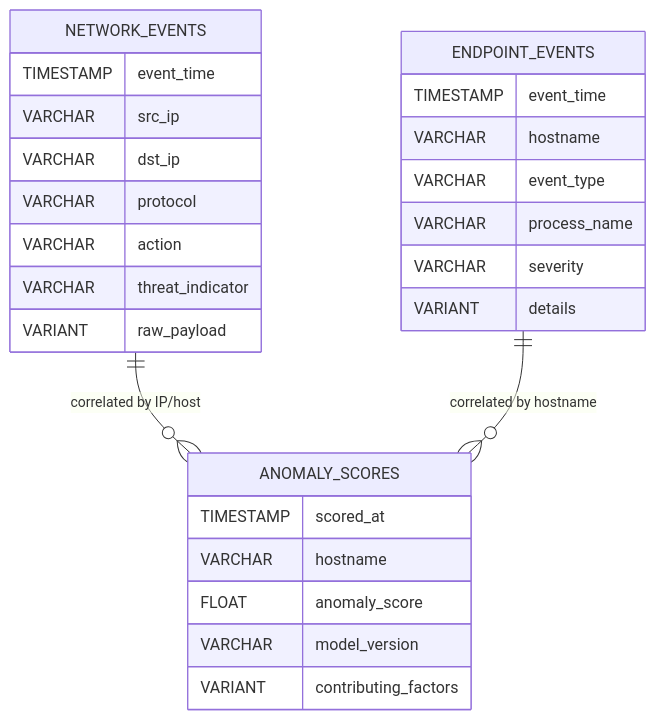
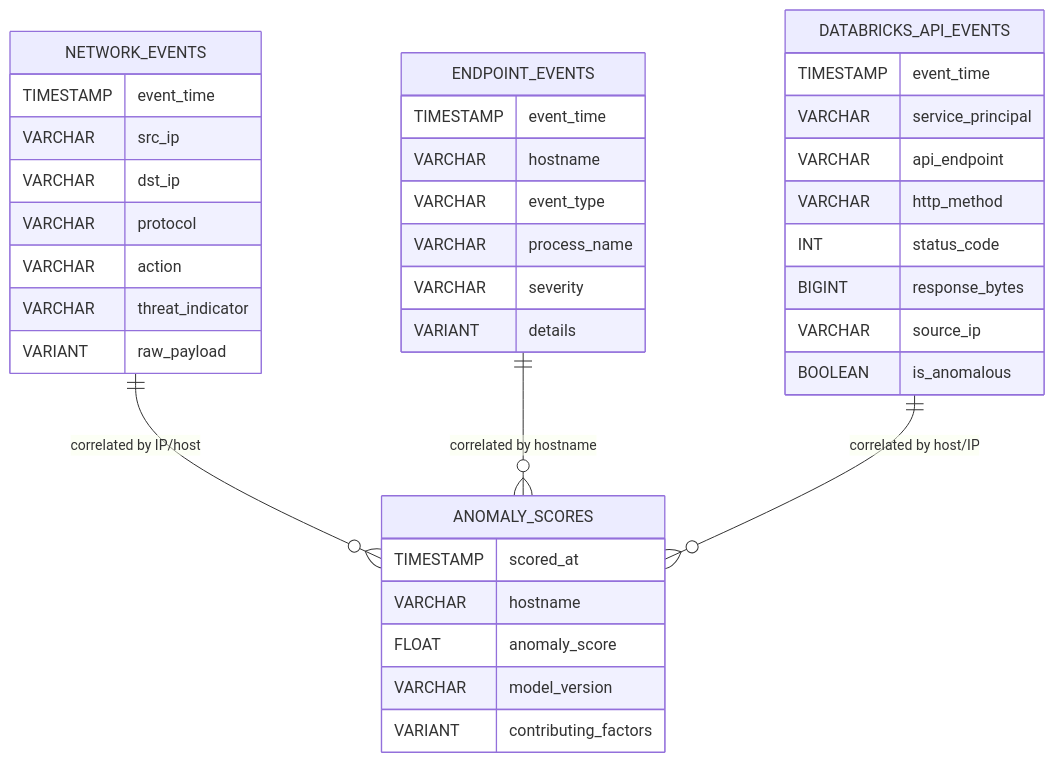
One commit to sebdallais-git/CyberDemo changed the third of 6 diagrams in README.md. Above: the diagram before and after it, drawn with Mermaid. The commit also changed other lines of this file, not shown here.

Commit message:
Update README with AI Agents, Databricks, PowerFlex, and Snowflake worksheet

````diff
--- a/README.md
+++ b/README.md
@@ -168,30 +182,41 @@
 ```mermaid
 erDiagram
     NETWORK_EVENTS {
         TIMESTAMP event_time
         VARCHAR src_ip
         VARCHAR dst_ip
         VARCHAR protocol
         VARCHAR action
         VARCHAR threat_indicator
         VARIANT raw_payload
     }
     ENDPOINT_EVENTS {
         TIMESTAMP event_time
         VARCHAR hostname
         VARCHAR event_type
         VARCHAR process_name
         VARCHAR severity
         VARIANT details
     }
     ANOMALY_SCORES {
         TIMESTAMP scored_at
         VARCHAR hostname
         FLOAT anomaly_score
         VARCHAR model_version
         VARIANT contributing_factors
     }
+    DATABRICKS_API_EVENTS {
+        TIMESTAMP event_time
+        VARCHAR service_principal
+        VARCHAR api_endpoint
+        VARCHAR http_method
+        INT status_code
+        BIGINT response_bytes
+        VARCHAR source_ip
+        BOOLEAN is_anomalous
+    }
 
     NETWORK_EVENTS ||--o{ ANOMALY_SCORES : "correlated by IP/host"
     ENDPOINT_EVENTS ||--o{ ANOMALY_SCORES : "correlated by hostname"
+    DATABRICKS_API_EVENTS ||--o{ ANOMALY_SCORES : "correlated by host/IP"
 ```
````
